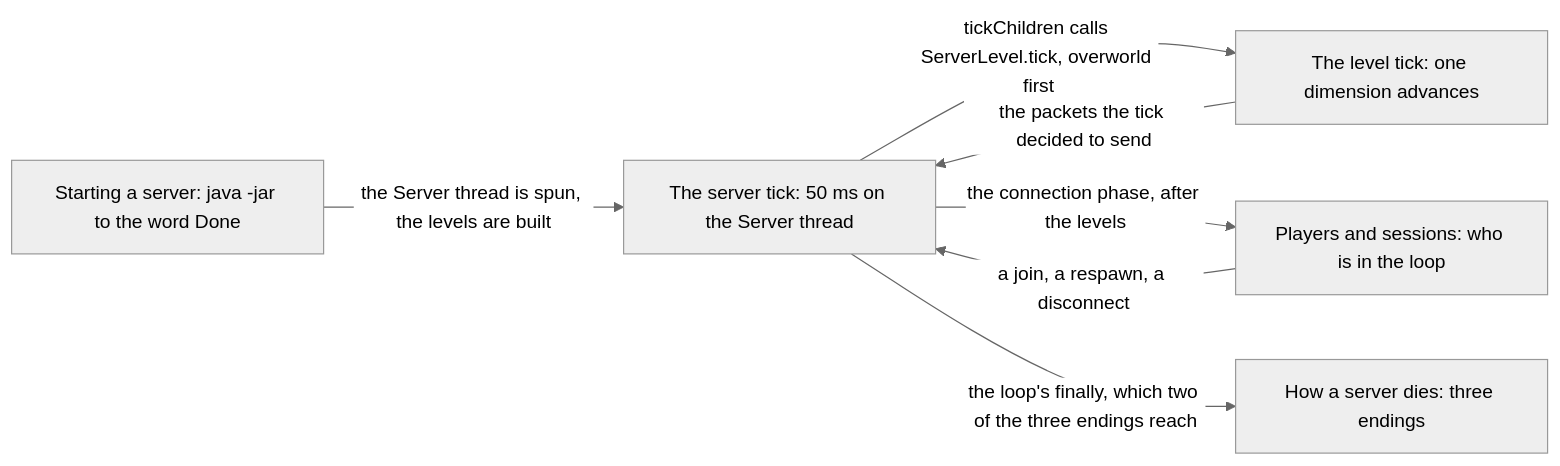
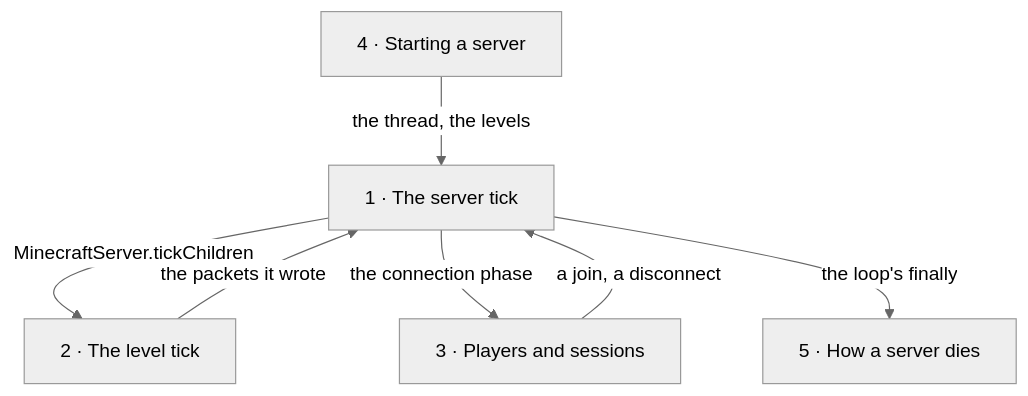
Before and after one commit to AlexanderjFraser/MinecraftDocs: the diagram in src/systems/server/README.md, drawn with Mermaid (neutral theme). The commit also changed other lines of this file and 12 other files, not shown here.

````diff
--- a/src/systems/server/README.md
+++ b/src/systems/server/README.md
@@ -36,14 +36,14 @@
 ```mermaid
-flowchart LR
-    Start["Starting a server: java -jar to the word Done"]
-    Tick["The server tick: 50 ms on the Server thread"]
-    Level["The level tick: one dimension advances"]
-    Players["Players and sessions: who is in the loop"]
-    Death["How a server dies: three endings"]
-    Start -- "the Server thread is spun, the levels are built" --> Tick
-    Tick -- "tickChildren calls ServerLevel.tick, overworld first" --> Level
-    Level -- "the packets the tick decided to send" --> Tick
-    Tick -- "the connection phase, after the levels" --> Players
-    Players -- "a join, a respawn, a disconnect" --> Tick
-    Tick -- "the loop's finally, which two of the three endings reach" --> Death
+flowchart TD
+    Tick["1 · The server tick"]
+    Level["2 · The level tick"]
+    Players["3 · Players and sessions"]
+    Start["4 · Starting a server"]
+    Death["5 · How a server dies"]
+    Start -- "the thread, the levels" --> Tick
+    Tick -- "MinecraftServer.tickChildren" --> Level
+    Level -- "the packets it wrote" --> Tick
+    Tick -- "the connection phase" --> Players
+    Players -- "a join, a disconnect" --> Tick
+    Tick -- "the loop's finally" --> Death
 ```
````
